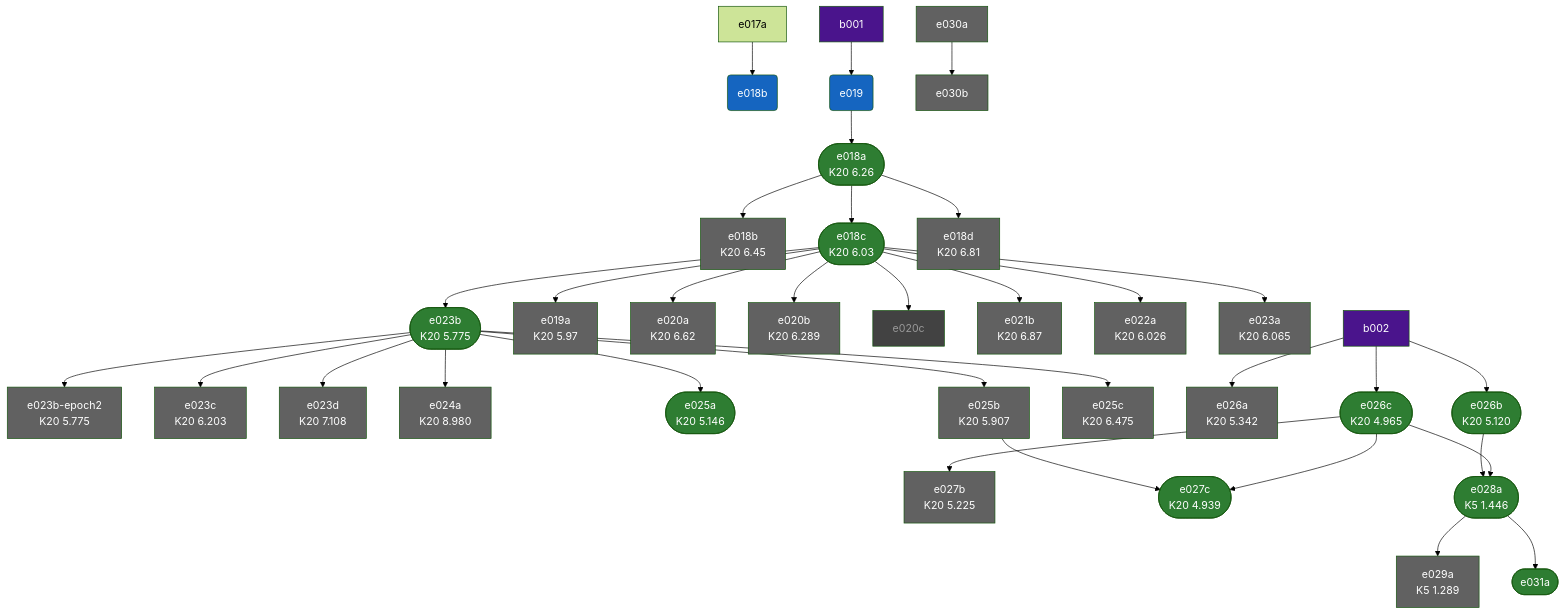
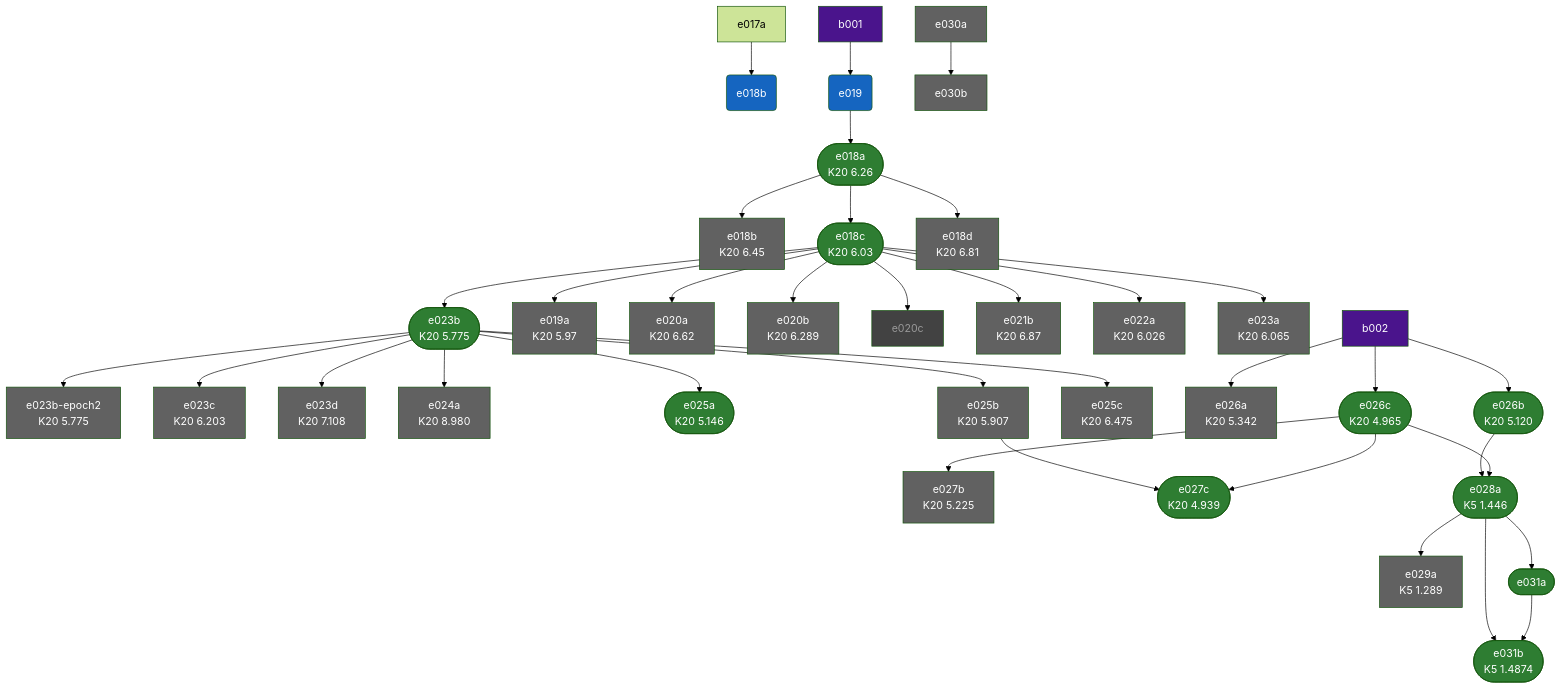
Before and after one commit to ScavieFae/autonomous-world-model: the diagram in docs/experiments/index.md, drawn with Mermaid (forest theme). The commit also changed other lines of this file and 2 other files, not shown here.

First line of the commit message:
Close out e031b: SF ablation — kept as reference point

````diff
--- a/docs/experiments/index.md
+++ b/docs/experiments/index.md
@@ -44,6 +44,7 @@
     e030a_jepa_baseline["e030a"]
     e030b_jepa_rescale["e030b"]
     e031a_speed_profile(["e031a"])
+    e031b_sf_ablation_off(["e031b\nK5 1.4874"])
     e019_baseline --> e018a_self_forcing
     e017a --> e018b_rollout_coherence_eval
     e018a_self_forcing --> e018b_self_forcing_n5
@@ -76,6 +77,8 @@
     e028a_full_stack --> e029a_7k_scaling
     e030a_jepa_baseline --> e030b_jepa_rescale
     e028a_full_stack --> e031a_speed_profile
+    e028a_full_stack --> e031b_sf_ablation_off
+    e031a_speed_profile --> e031b_sf_ablation_off
     style e018a_self_forcing fill:#2e7d32,color:#fff
     style e018b_rollout_coherence_eval fill:#1565c0,color:#fff
     style e018b_self_forcing_n5 fill:#616161,color:#fff
@@ -107,6 +110,7 @@
     style e030a_jepa_baseline fill:#616161,color:#fff
     style e030b_jepa_rescale fill:#616161,color:#fff
     style e031a_speed_profile fill:#2e7d32,color:#fff
+    style e031b_sf_ablation_off fill:#2e7d32,color:#fff
     style b001 fill:#4a148c,color:#fff
     style b002 fill:#4a148c,color:#fff
 ```
````
